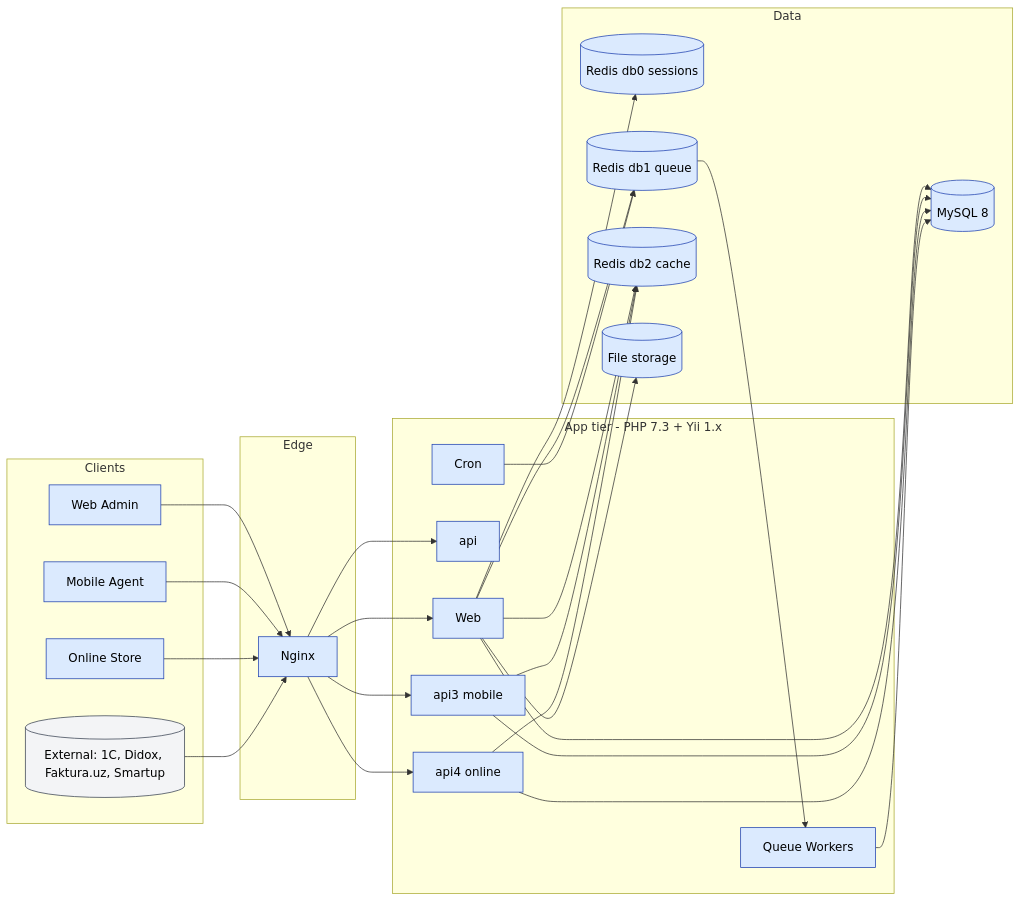
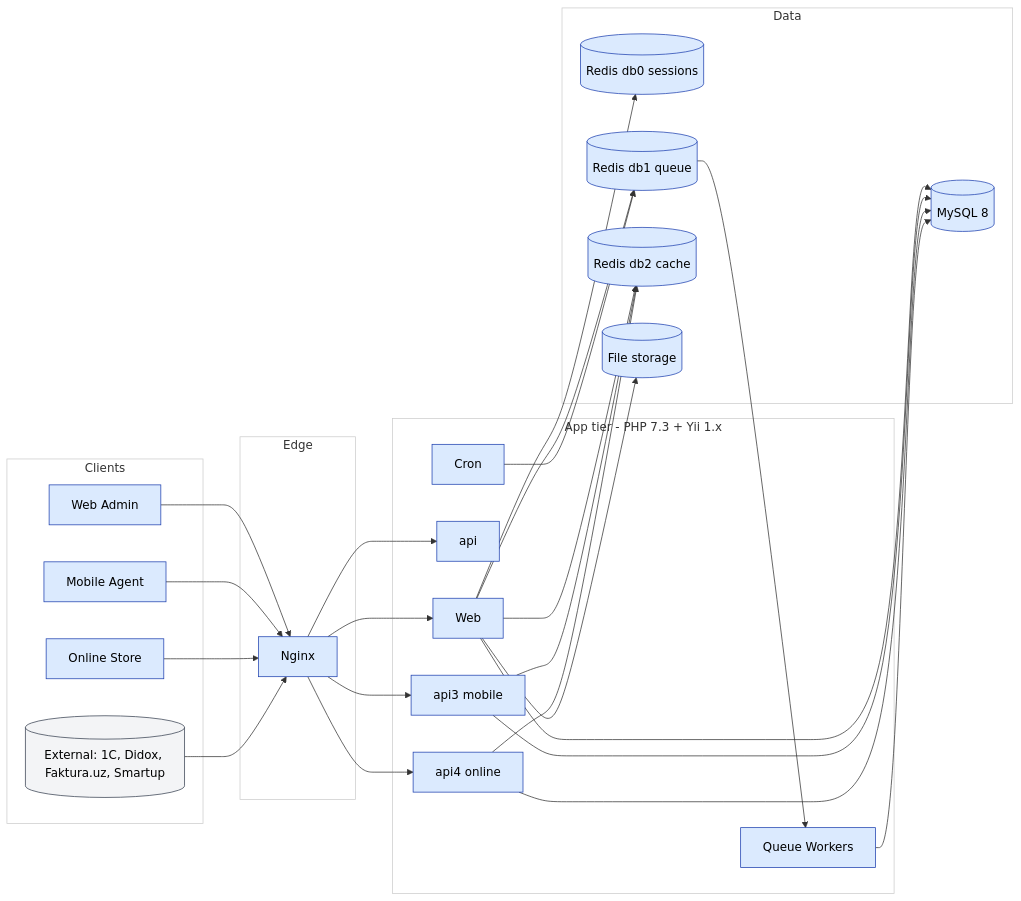
The diagram in docs/architecture/overview.md (jamshidtulaganov/sd-doc), drawn with Mermaid before and after one commit. The commit also changed 4 other files, not shown here.

First line of the commit message:
Consolidate FigJam diagrams into one master with 6 Sections

````diff
--- a/docs/architecture/overview.md
+++ b/docs/architecture/overview.md
@@ -20,53 +20,58 @@
 ```mermaid
 flowchart LR
   subgraph Clients
     WB[Web Admin]
     MA[Mobile Agent]
     OS[Online Store]
     EXT[(External: 1C, Didox, Faktura.uz, Smartup)]
   end
   subgraph Edge
     NX[Nginx]
   end
   subgraph App[App tier - PHP 7.3 + Yii 1.x]
     WEB[Web]
     A1[api]
     A3[api3 mobile]
     A4[api4 online]
     JOBS[Queue Workers]
     CRON[Cron]
   end
   subgraph Data
     DB[(MySQL 8)]
     R0[(Redis db0 sessions)]
     R1[(Redis db1 queue)]
     R2[(Redis db2 cache)]
     FS[(File storage)]
   end
   WB --> NX
   MA --> NX
   OS --> NX
   EXT --> NX
   NX --> WEB
   NX --> A1
   NX --> A3
   NX --> A4
   WEB --> DB
   WEB --> R0
   WEB --> R2
   A3 --> DB
   A3 --> R2
   A4 --> DB
   A4 --> R2
   WEB --> R1
   R1 --> JOBS
   JOBS --> DB
   CRON --> R1
   WEB --> FS
 
   class WB,MA,OS,NX,WEB,A1,A3,A4,JOBS,CRON,DB,R0,R1,R2,FS action
   class EXT external
   classDef action   fill:#dbeafe,stroke:#1e40af,color:#000
   classDef external fill:#f3f4f6,stroke:#374151,color:#000
   classDef cron     fill:#ede9fe,stroke:#6d28d9,color:#000
+
+  style Clients fill:#ffffff,stroke:#cccccc
+  style Edge fill:#ffffff,stroke:#cccccc
+  style App fill:#ffffff,stroke:#cccccc
+  style Data fill:#ffffff,stroke:#cccccc
 ```
````
